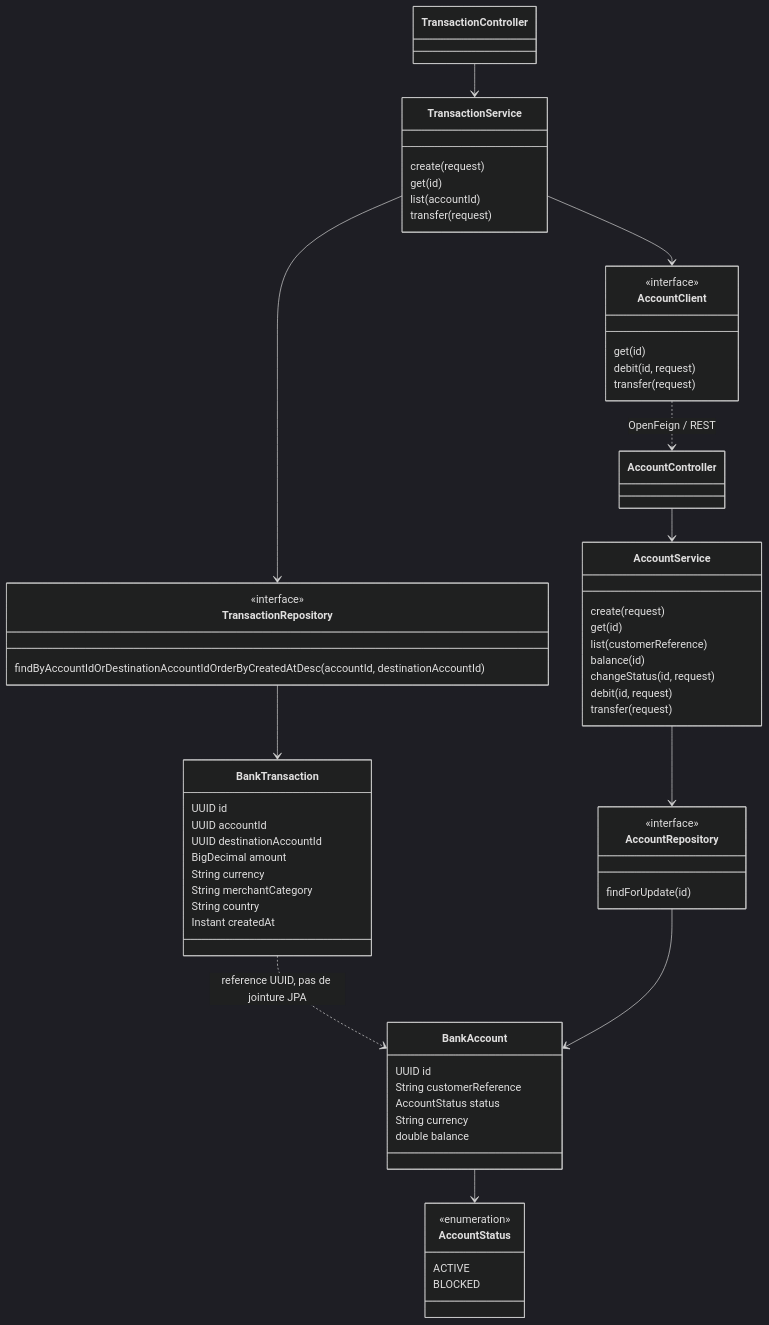
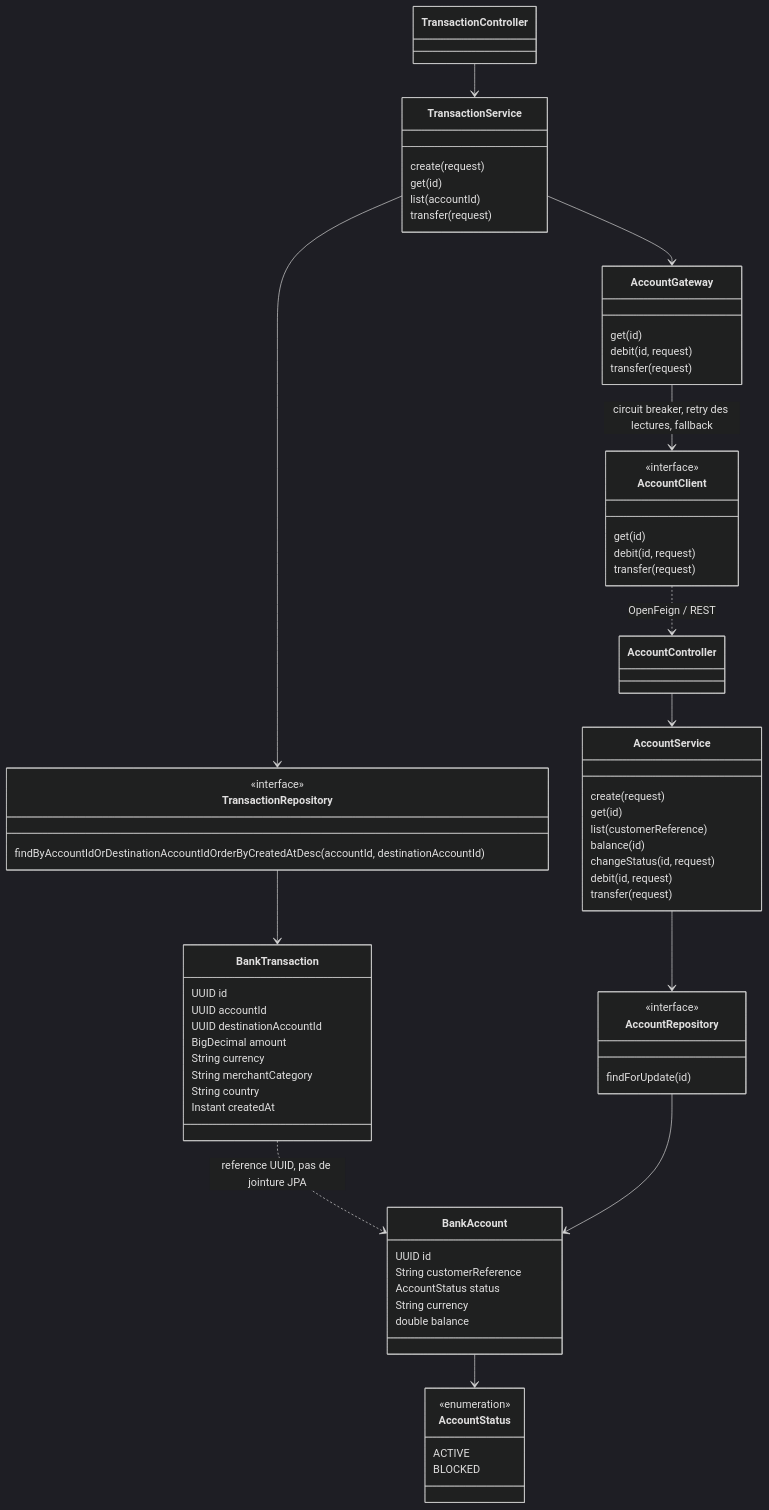
The diagram in docs/diagramme-classes.mmd (ilyasouazzani/OUAZZANI_TAYBI_Ilyas_test_adria_2027), drawn with Mermaid (dark theme) before and after one commit. The commit also changed 27 other files, not shown here.

```diff
--- a/docs/diagramme-classes.mmd
+++ b/docs/diagramme-classes.mmd
@@ -1,64 +1,70 @@
 classDiagram
     class BankAccount {
         UUID id
         String customerReference
         AccountStatus status
         String currency
         double balance
     }
     class AccountStatus {
         <<enumeration>>
         ACTIVE
         BLOCKED
     }
     class BankTransaction {
         UUID id
         UUID accountId
         UUID destinationAccountId
         BigDecimal amount
         String currency
         String merchantCategory
         String country
         Instant createdAt
     }
     class AccountService {
         create(request)
         get(id)
         list(customerReference)
         balance(id)
         changeStatus(id, request)
         debit(id, request)
         transfer(request)
     }
     class TransactionService {
         create(request)
         get(id)
         list(accountId)
         transfer(request)
     }
     class AccountClient {
         <<interface>>
         get(id)
         debit(id, request)
         transfer(request)
     }
+    class AccountGateway {
+        get(id)
+        debit(id, request)
+        transfer(request)
+    }
     class AccountRepository {
         <<interface>>
         findForUpdate(id)
     }
     class TransactionRepository {
         <<interface>>
         findByAccountIdOrDestinationAccountIdOrderByCreatedAtDesc(accountId, destinationAccountId)
     }
     class AccountController
     class TransactionController
     BankAccount --> AccountStatus
     BankTransaction ..> BankAccount : reference UUID, pas de jointure JPA
     AccountController --> AccountService
     AccountService --> AccountRepository
     AccountRepository --> BankAccount
     TransactionController --> TransactionService
     TransactionService --> TransactionRepository
     TransactionRepository --> BankTransaction
-    TransactionService --> AccountClient
+    TransactionService --> AccountGateway
+    AccountGateway --> AccountClient : circuit breaker, retry des lectures, fallback
     AccountClient ..> AccountController : OpenFeign / REST
```
